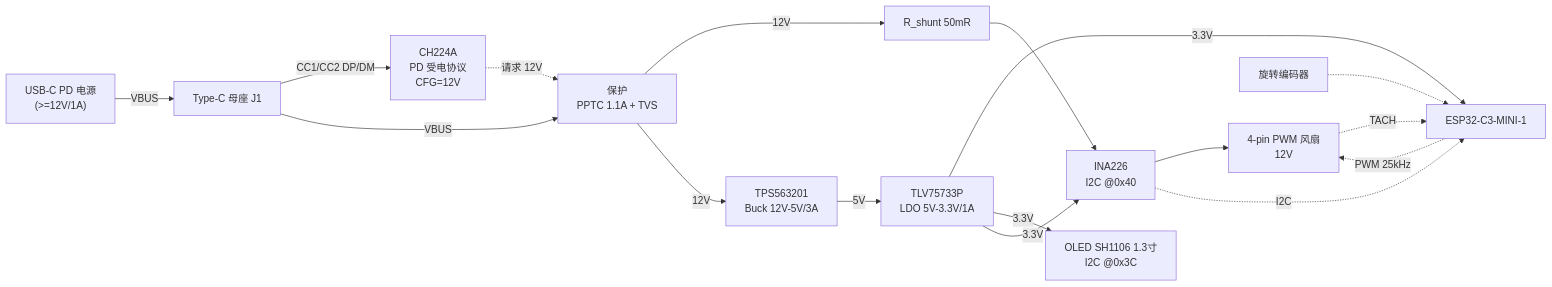
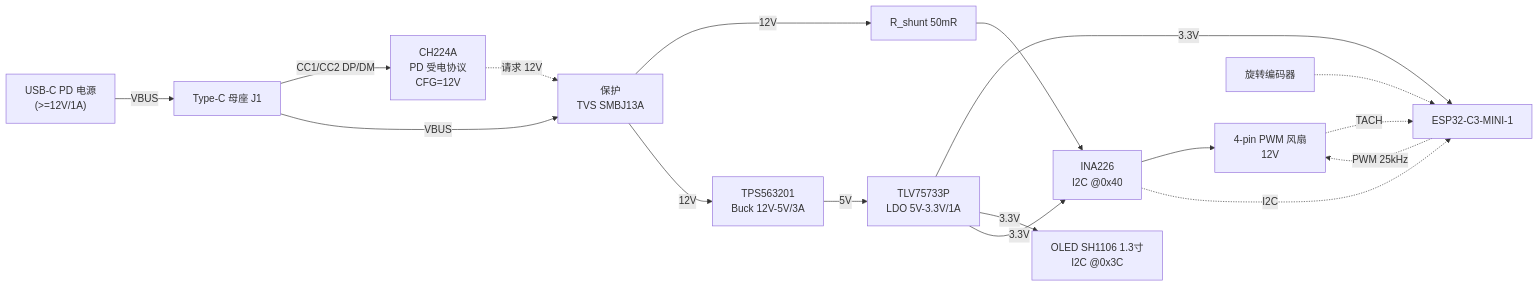
The diagram in desktop-fan-tech-design.md (flystar233/fan), drawn with Mermaid before and after one commit. The commit also changed other lines of this file and 1 other file, not shown here.

````diff
--- a/desktop-fan-tech-design.md
+++ b/desktop-fan-tech-design.md
@@ -85,28 +85,28 @@
 ```mermaid
 flowchart LR
     SRC["USB-C PD 电源<br/>(>=12V/1A)"]
     J1["Type-C 母座 J1"]
-    PROT["保护<br/>PPTC 1.1A + TVS"]
+    PROT["保护<br/>TVS SMBJ13A"]
     CH["CH224A<br/>PD 受电协议<br/>CFG=12V"]
     SH["R_shunt 50mR"]
     INA["INA226<br/>I2C @0x40"]
     FAN["4-pin PWM 风扇<br/>12V"]
     BUCK["TPS563201<br/>Buck 12V-5V/3A"]
     LDO["TLV75733P<br/>LDO 5V-3.3V/1A"]
     MCU["ESP32-C3-MINI-1"]
     OLED["OLED SH1106 1.3寸<br/>I2C @0x3C"]
     ENC["旋转编码器"]
 
     SRC -->|VBUS| J1
     J1 -->|CC1/CC2 DP/DM| CH
     J1 -->|VBUS| PROT
     CH -.请求 12V.-> PROT
     PROT -->|12V| SH --> INA --> FAN
     PROT -->|12V| BUCK -->|5V| LDO -->|3.3V| MCU
     LDO -->|3.3V| OLED
     LDO -->|3.3V| INA
     MCU -.PWM 25kHz.-> FAN
     FAN -.TACH.-> MCU
     INA -.I2C.-> MCU
     ENC -.-> MCU
 ```
````
